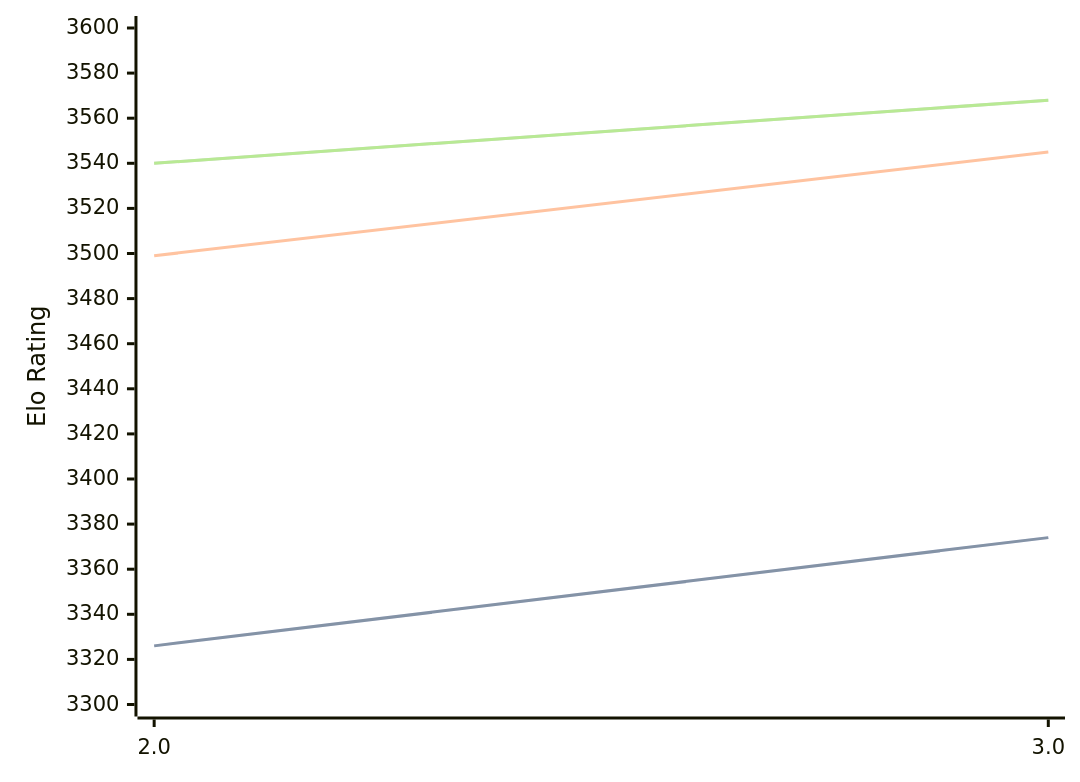
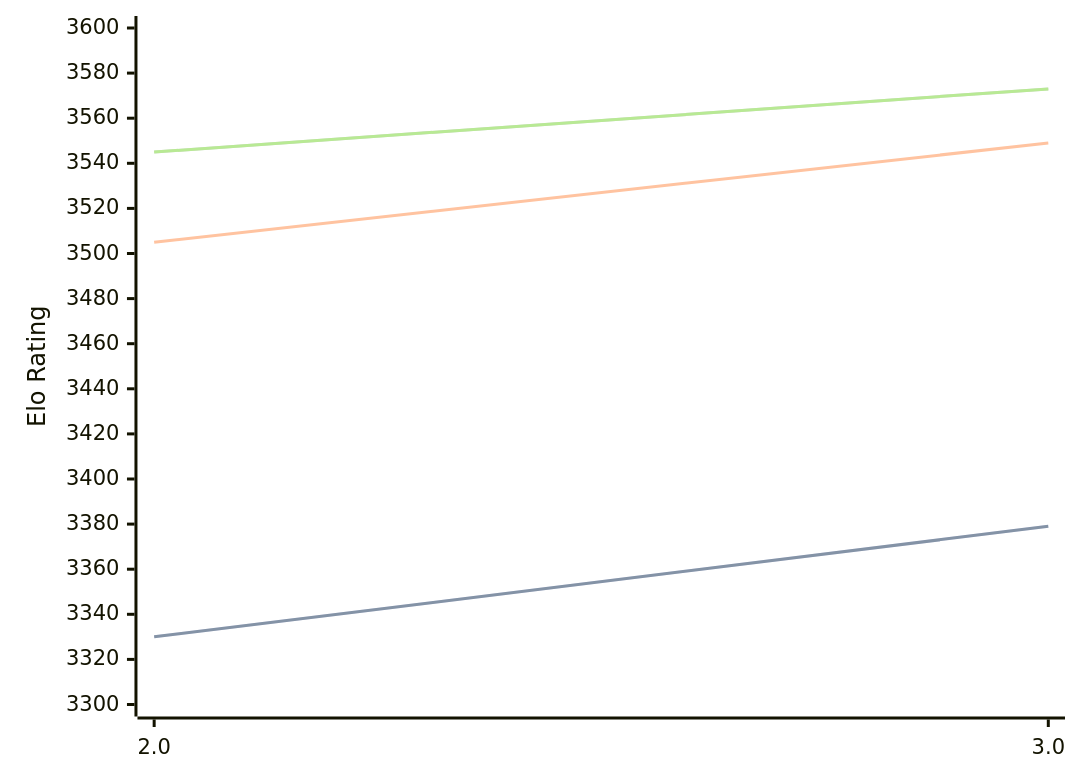
One commit to computer-chess-index/cci changed the diagram in engines/Quanticade.md. Above: the diagram before and after it, drawn with Mermaid. The commit also changed other lines of this file, not shown here.

Commit message:
Update CCI Ratings (ELO VLTC) - 2026-04-14

````diff
--- a/engines/Quanticade.md
+++ b/engines/Quanticade.md
@@ -41,11 +41,11 @@
 ```mermaid
 %%{init: {"theme":"base","themeVariables":{"seriesColors:['#a3a3a3','#222221','#faa371']}}}%%
 xychart-beta
   x-axis ["2.0", "3.0"]
   y-axis "Elo Rating" 3300 --> 3600
-  line "STC (8.0+0.08s)" [3326, 3374]
-  line "STC (8.0+0.08s)" [3326, 3374]
-  line "LTC (60.0+0.60s)" [3499, 3545]
-  line "VLTC (2m24s+1.12s)" [3540, 3568]
-  line "VLTC (2m24s+1.12s)" [3540, 3568]
+  line "STC (8.0+0.08s)" [3330, 3379]
+  line "STC (8.0+0.08s)" [3330, 3379]
+  line "LTC (60.0+0.60s)" [3505, 3549]
+  line "VLTC (2m24s+1.12s)" [3545, 3573]
+  line "VLTC (2m24s+1.12s)" [3545, 3573]
 ```
````
